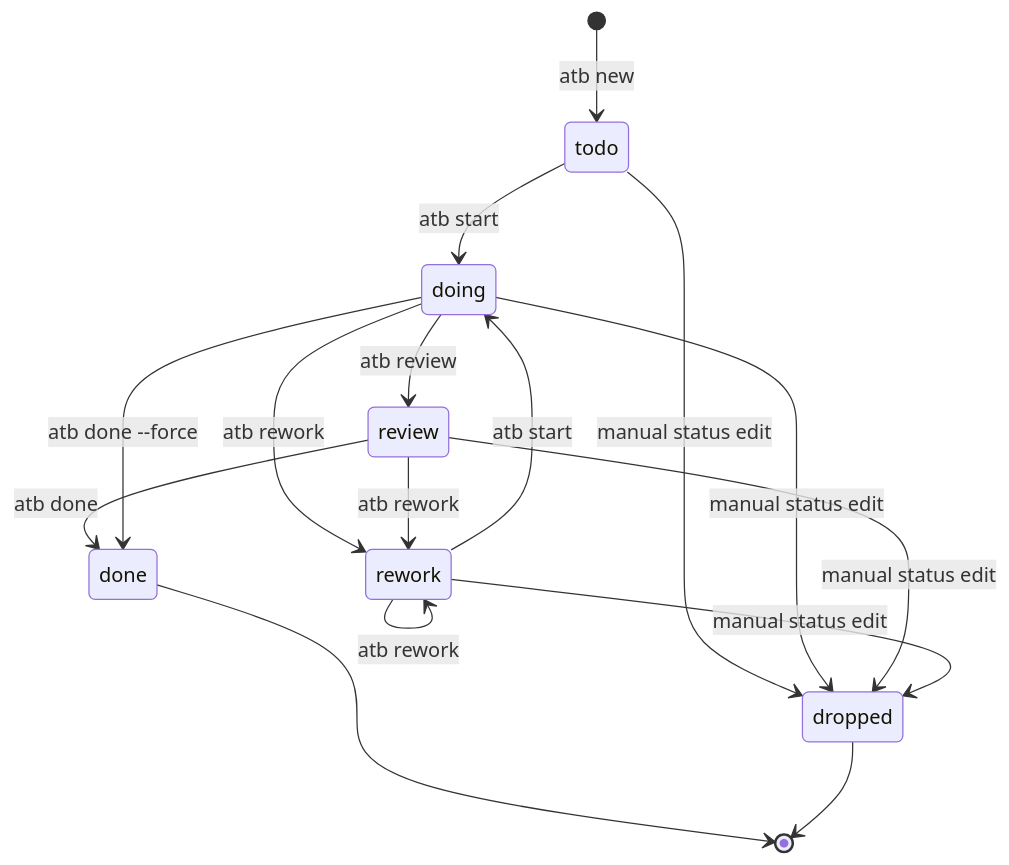
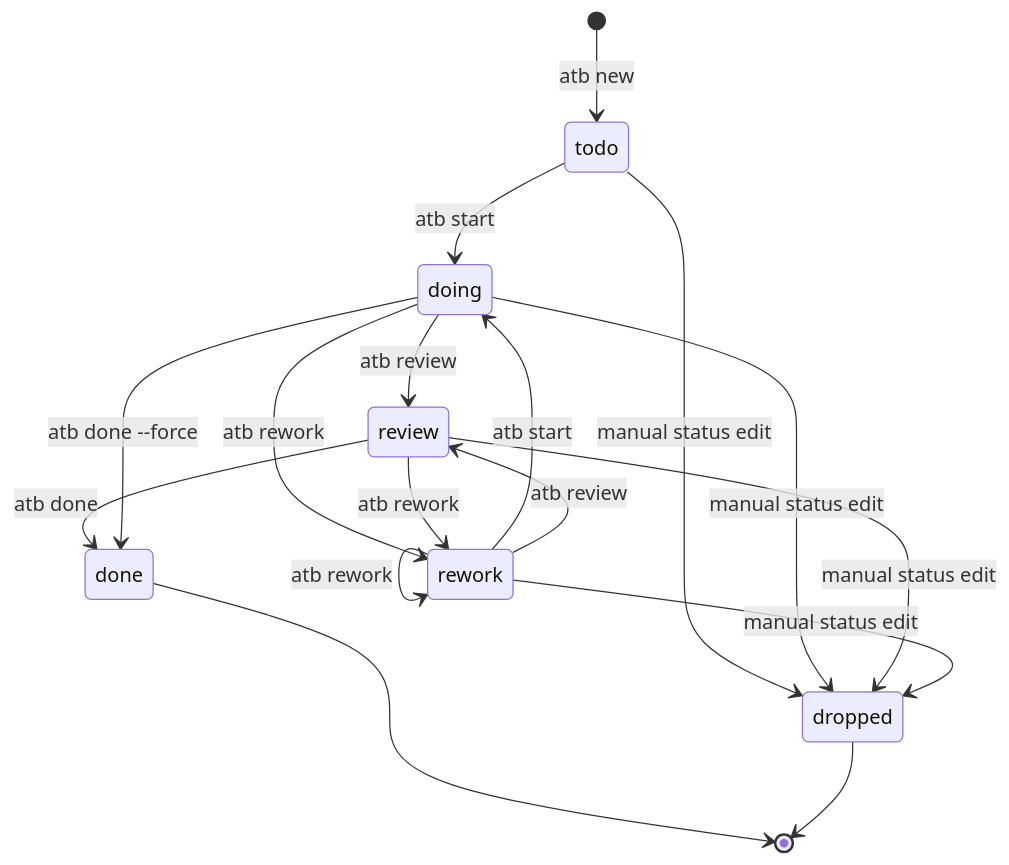
The diagram in docs/guide.md (LingXi-fur/agent-taskboard), drawn with Mermaid before and after one commit. The commit also changed 4 other files, not shown here.

````diff
--- a/docs/guide.md
+++ b/docs/guide.md
@@ -89,18 +89,19 @@
 ```mermaid
 stateDiagram-v2
     [*] --> todo: atb new
     todo --> doing: atb start
     rework --> doing: atb start
     doing --> review: atb review
+    rework --> review: atb review
     doing --> rework: atb rework
     review --> rework: atb rework
     rework --> rework: atb rework
     review --> done: atb done
     doing --> done: atb done --force
     todo --> dropped: manual status edit
     doing --> dropped: manual status edit
     review --> dropped: manual status edit
     rework --> dropped: manual status edit
     done --> [*]
     dropped --> [*]
 ```
````
